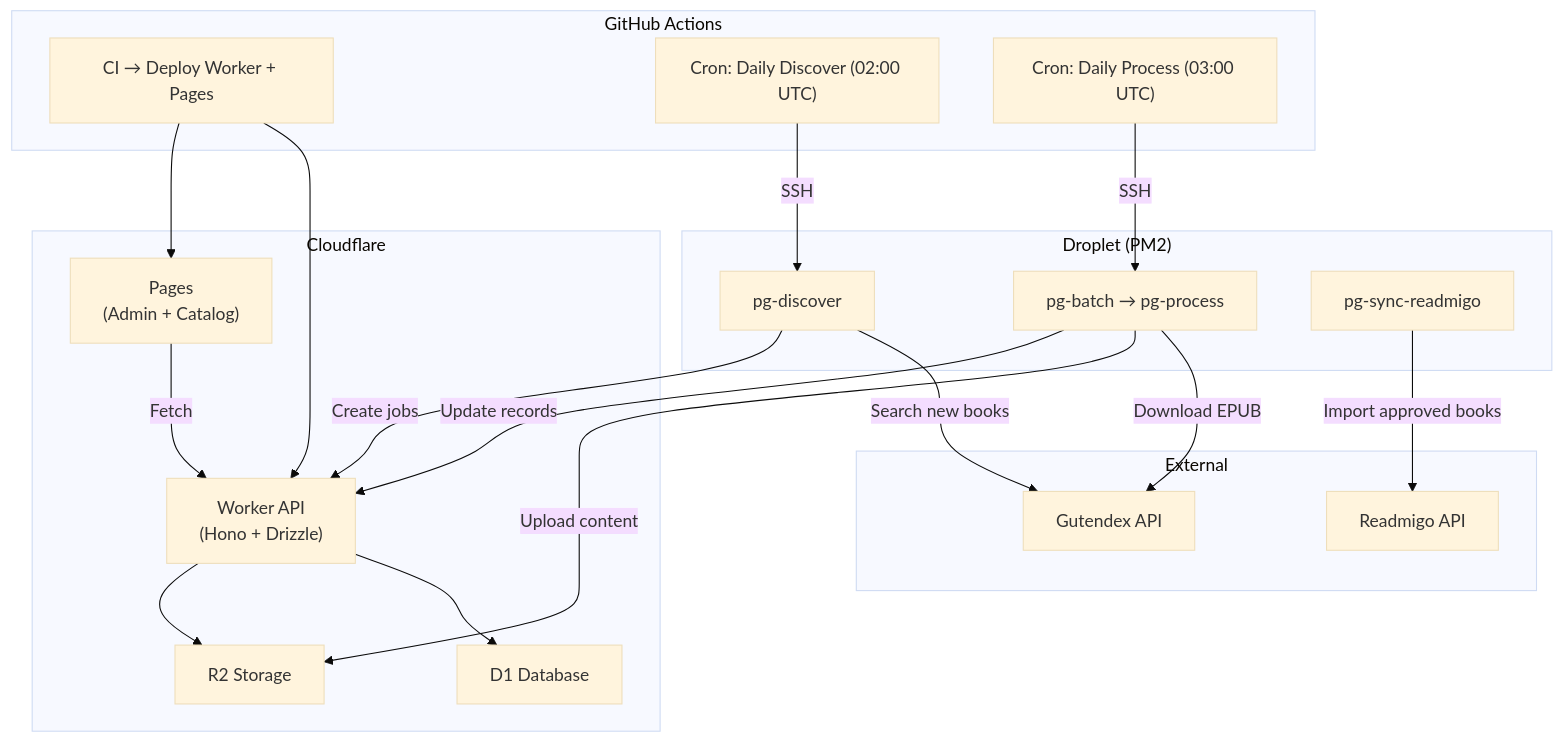
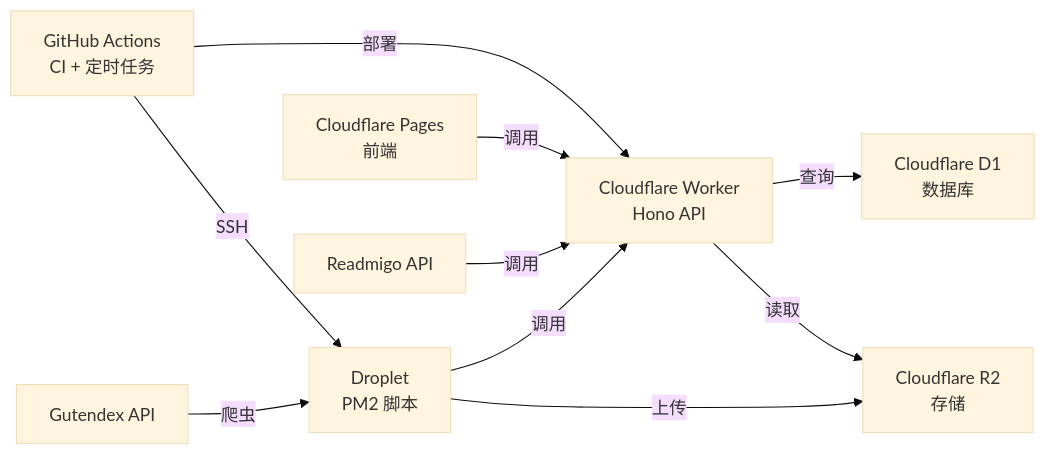
The diagram in README.md (readmigo/gutenberg), drawn with Mermaid (base theme) before and after one commit. The commit also changed other lines of this file, not shown here.

Commit message:
docs: refresh README with role, architecture, and deployment

````diff
--- a/README.md
+++ b/README.md
@@ -7,42 +21,12 @@
 ```mermaid
-graph TB
-    subgraph "GitHub Actions"
-        GA_CI["CI → Deploy Worker + Pages"]
-        GA_DISCOVER["Cron: Daily Discover (02:00 UTC)"]
-        GA_PROCESS["Cron: Daily Process (03:00 UTC)"]
-    end
-
-    subgraph "Cloudflare"
-        W["Worker API<br/>(Hono + Drizzle)"]
-        D1["D1 Database"]
-        R2["R2 Storage"]
-        Pages["Pages<br/>(Admin + Catalog)"]
-    end
-
-    subgraph "Droplet (PM2)"
-        DISC["pg-discover"]
-        BATCH["pg-batch → pg-process"]
-        SYNC["pg-sync-readmigo"]
-    end
-
-    subgraph "External"
-        GX["Gutendex API"]
-        RM["Readmigo API"]
-    end
-
-    GA_CI --> W & Pages
-    GA_DISCOVER -->|SSH| DISC
-    GA_PROCESS -->|SSH| BATCH
-
-    DISC -->|Search new books| GX
-    DISC -->|Create jobs| W
-
-    BATCH -->|Download EPUB| GX
-    BATCH -->|Upload content| R2
-    BATCH -->|Update records| W
-
-    SYNC -->|Import approved books| RM
-
-    W --> D1 & R2
-    Pages -->|Fetch| W
+graph LR
+    A["GitHub Actions<br/>CI + 定时任务"] -->|部署| B["Cloudflare Worker<br/>Hono API"]
+    A -->|SSH| C["Droplet<br/>PM2 脚本"]
+    D["Gutendex API"] -->|爬虫| C
+    C -->|调用| B
+    C -->|上传| E["Cloudflare R2<br/>存储"]
+    B -->|查询| F["Cloudflare D1<br/>数据库"]
+    B -->|读取| E
+    G["Cloudflare Pages<br/>前端"] -->|调用| B
+    H["Readmigo API"] -->|调用| B
 ```
````
